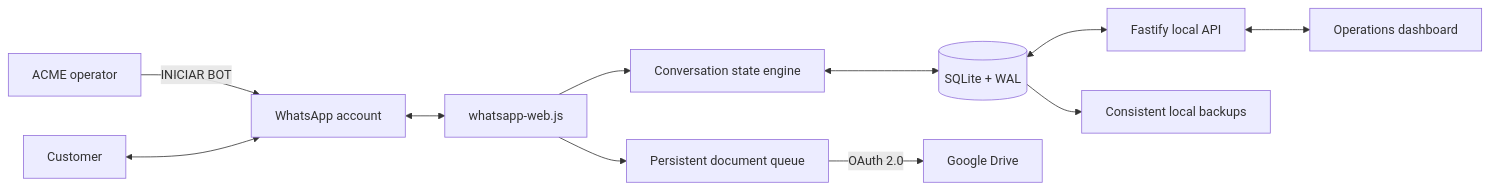
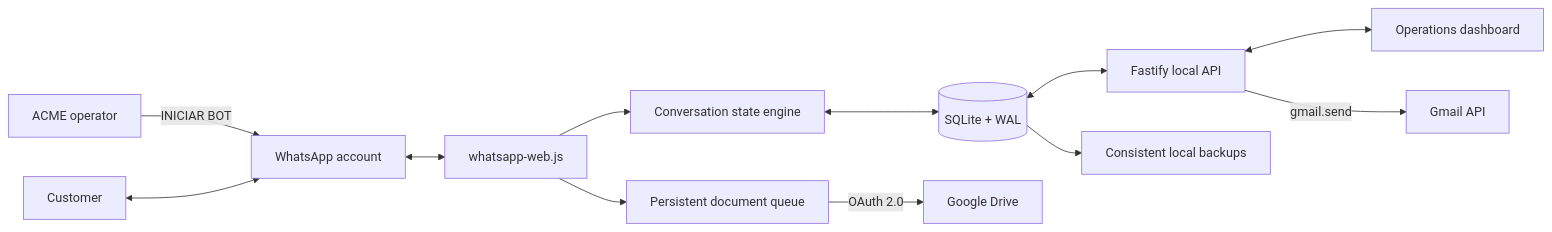
One commit to Jehosua97/acme-client-intake-automation changed the diagram in README.md. Above: the diagram before and after it, drawn with Mermaid. The commit also changed other lines of this file and 17 other files, not shown here.

````diff
--- a/README.md
+++ b/README.md
@@ -40,13 +41,14 @@
 ```mermaid
 flowchart LR
     O[ACME operator] -->|INICIAR BOT| WA[WhatsApp account]
     C[Customer] <--> WA
     WA <--> WJS[whatsapp-web.js]
     WJS --> FSM[Conversation state engine]
     FSM <--> DB[(SQLite + WAL)]
     WJS --> Q[Persistent document queue]
     Q -->|OAuth 2.0| GD[Google Drive]
     DB <--> API[Fastify local API]
     API <--> UI[Operations dashboard]
+    API -->|gmail.send| GM[Gmail API]
     DB --> BK[Consistent local backups]
 ```
````
